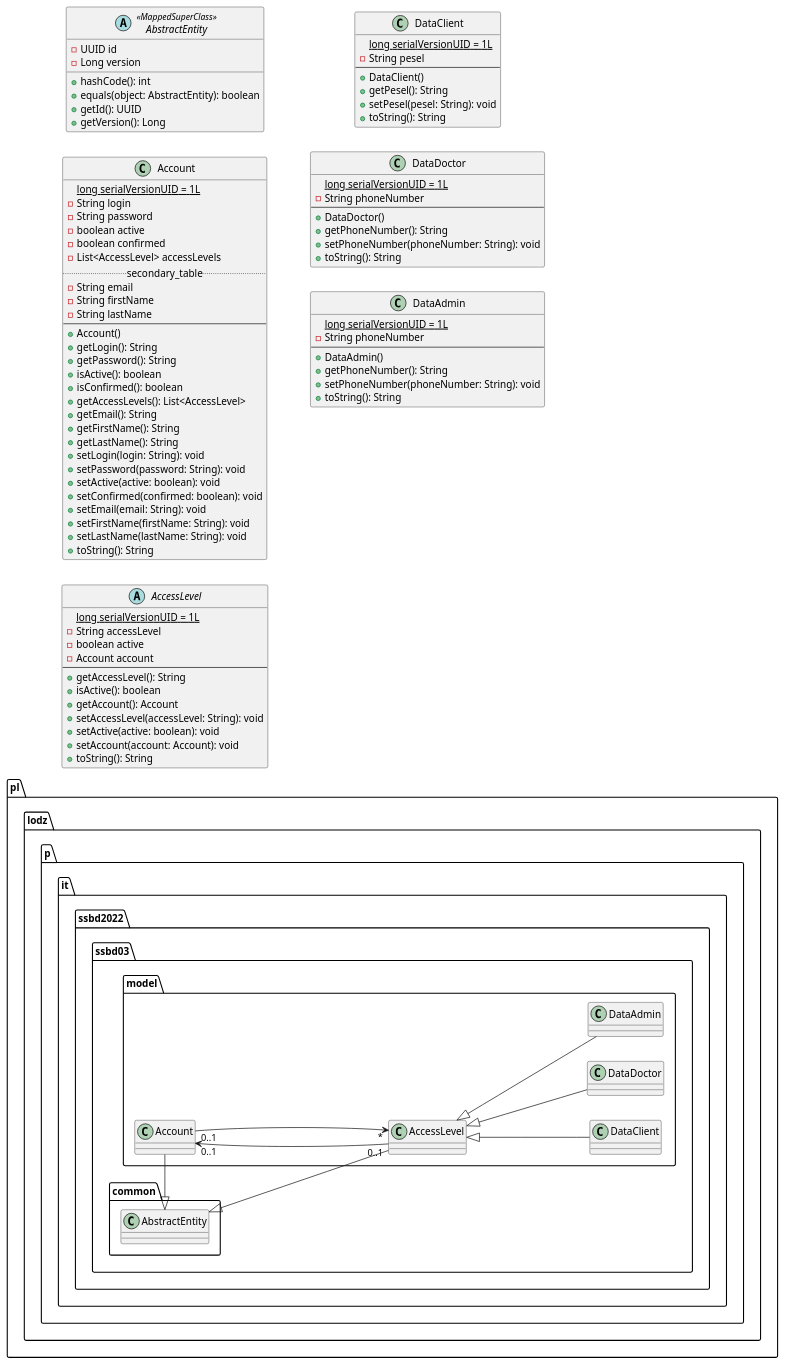
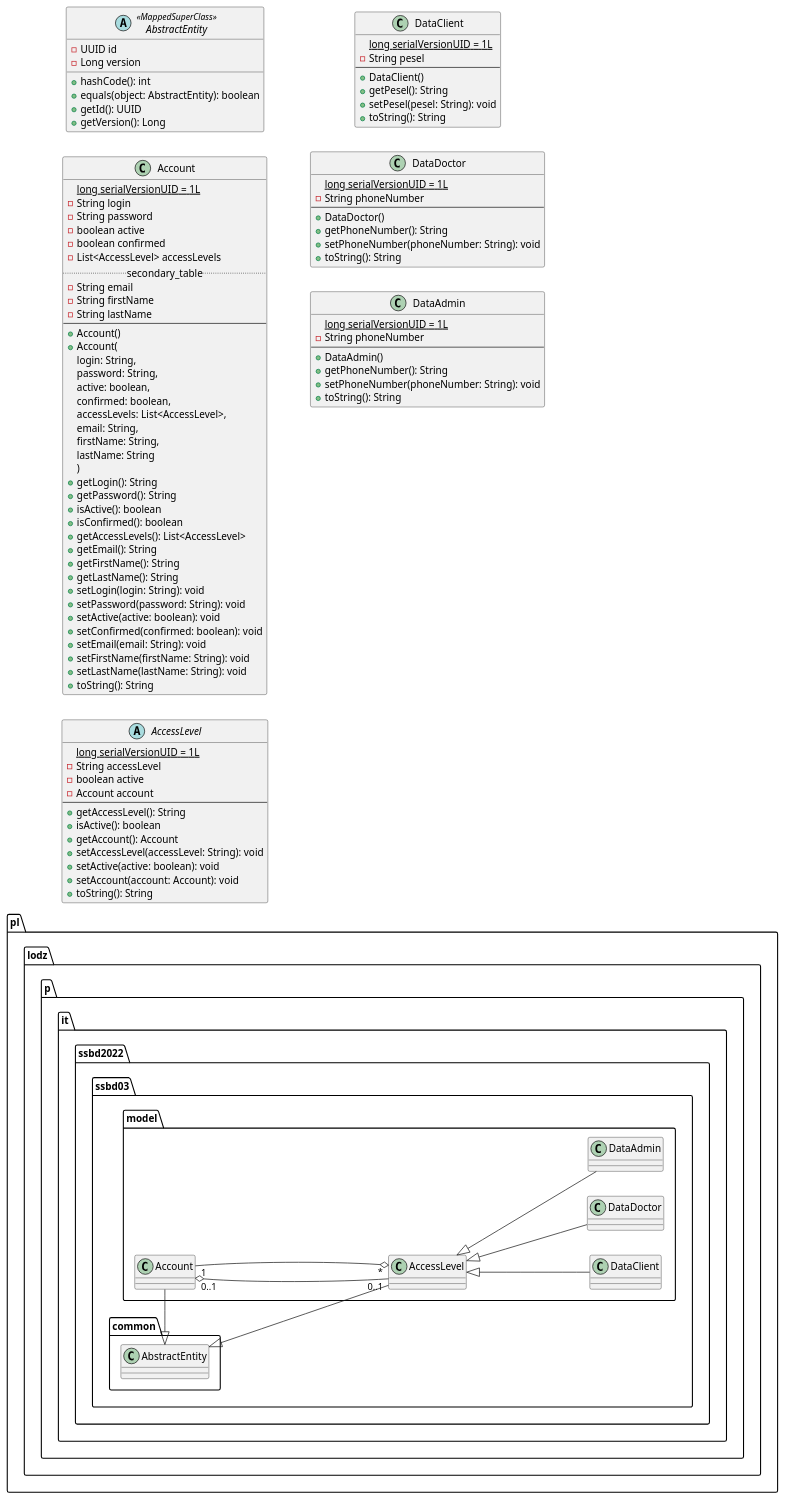
The diagram in src/rozdział 6/mok_class_model.puml (TheVivent-Politechnika-Lodzka/ssbd03_kic_uml), drawn with PlantUML before and after one commit. The commit also changed other lines of this file, not shown here.

```diff
--- a/src/rozdział 6/mok_class_model.puml
+++ b/src/rozdział 6/mok_class_model.puml
@@ -3,109 +1,118 @@
 @startuml model
 left to right direction
 
 ' to będzie trzeba przenieść do ssbd03.mok.model
 package pl.lodz.p.it.ssbd2022.ssbd03.model {
-    AccessLevel "*" <-- "0..1" Account
-    Account "0..1" <-- "0..1" AccessLevel
+    AccessLevel "*" o-- "1" Account
+    Account "0..1" o-- "0..1" AccessLevel
 
     AccessLevel <|-- DataClient
     AccessLevel <|-- DataDoctor
     AccessLevel <|-- DataAdmin
 }
 
 
 package pl.lodz.p.it.ssbd2022.ssbd03.common {
     AbstractEntity <|- Account 
     AbstractEntity <|- AccessLevel
 }
 
 
 abstract class AbstractEntity <<MappedSuperClass>> {
     -UUID id
     -Long version
 
     +hashCode(): int
     +equals(object: AbstractEntity): boolean
     +getId(): UUID
     +getVersion(): Long
 }
 
 
 class Account {
     {static} long serialVersionUID = 1L
     -String login
     -String password
     -boolean active
     -boolean confirmed
     -List<AccessLevel> accessLevels
     .. secondary_table ..
     -String email
     -String firstName
     -String lastName
     --
     +Account()
-    ' +Account(login: String, password: String, active: boolean, confirmed: boolean, accessLevels: List<AccessLevel>, email: String, firstName: String, lastName: String)
+    +Account(
+        login: String,
+        password: String,
+        active: boolean,
+        confirmed: boolean,
+        accessLevels: List<AccessLevel>,
+        email: String,
+        firstName: String,
+        lastName: String
+    )
     +getLogin(): String
     +getPassword(): String
     +isActive(): boolean
     +isConfirmed(): boolean
     +getAccessLevels(): List<AccessLevel>
     +getEmail(): String
     +getFirstName(): String
     +getLastName(): String
     +setLogin(login: String): void
     +setPassword(password: String): void
     +setActive(active: boolean): void
     +setConfirmed(confirmed: boolean): void
     +setEmail(email: String): void
     +setFirstName(firstName: String): void
     +setLastName(lastName: String): void
     +toString(): String
 }
 
 abstract class AccessLevel {
     {static} long serialVersionUID = 1L
     -String accessLevel
     -boolean active
     -Account account
     --
     +getAccessLevel(): String
     +isActive(): boolean
     +getAccount(): Account
     +setAccessLevel(accessLevel: String): void
     +setActive(active: boolean): void
     +setAccount(account: Account): void
     +toString(): String
 }
 
 class DataClient {
     {static} long serialVersionUID = 1L
     -String pesel
     --
     +DataClient()
     +getPesel(): String
     +setPesel(pesel: String): void
     +toString(): String
 }
 
 class DataDoctor {
     {static} long serialVersionUID = 1L
     -String phoneNumber
     --
     +DataDoctor()
     +getPhoneNumber(): String
     +setPhoneNumber(phoneNumber: String): void
     +toString(): String
 }
 
 class DataAdmin {
     {static} long serialVersionUID = 1L
     -String phoneNumber
     --
     +DataAdmin()
     +getPhoneNumber(): String
     +setPhoneNumber(phoneNumber: String): void
     +toString(): String
 }
 
 @enduml
```
